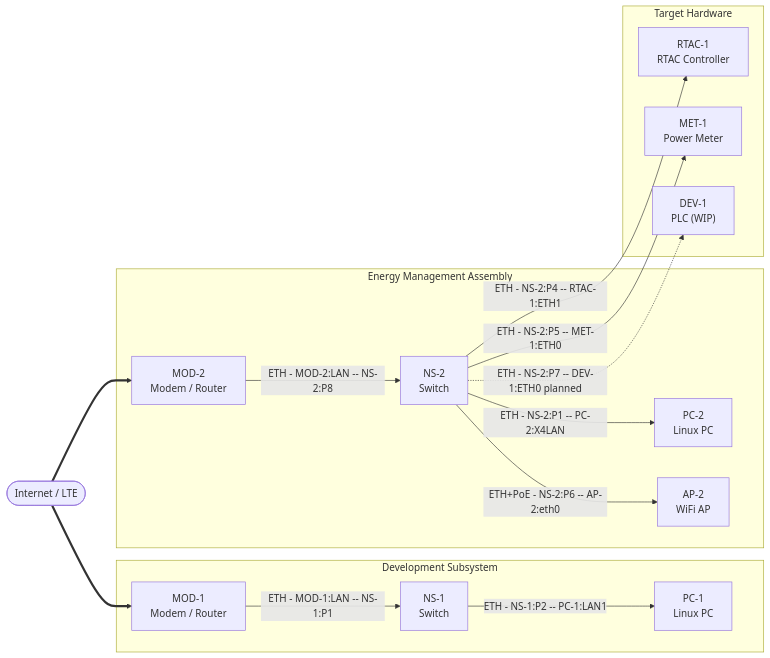
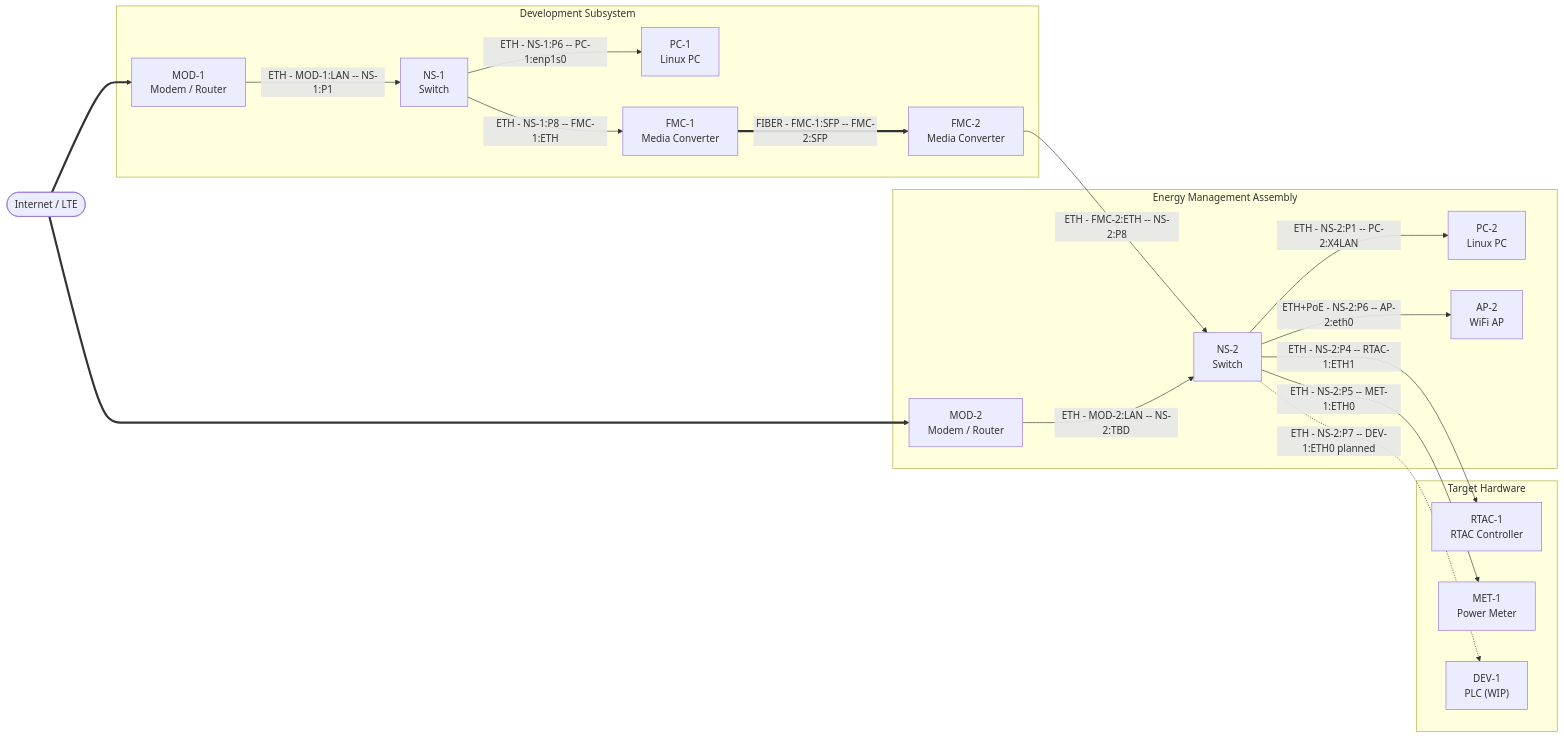
The diagram in README.md (chadmholcomb/homelab1913), drawn with Mermaid before and after one commit. The commit also changed other lines of this file and 9 other files, not shown here.

First line of the commit message:
Add fiber media converters (FMC-1, FMC-2) and update DEV topology

````diff
--- a/README.md
+++ b/README.md
@@ -9,36 +9,41 @@
 ```mermaid
 graph LR
     WAN(["Internet / LTE"])
 
     subgraph DEV["Development Subsystem"]
         MOD1["MOD-1\nModem / Router"]
         NS1["NS-1\nSwitch"]
         PC1["PC-1\nLinux PC"]
+        FMC1["FMC-1\nMedia Converter"]
+        FMC2["FMC-2\nMedia Converter"]
     end
 
     subgraph EMA["Energy Management Assembly"]
         MOD2["MOD-2\nModem / Router"]
         NS2["NS-2\nSwitch"]
         PC2["PC-2\nLinux PC"]
         AP2["AP-2\nWiFi AP"]
     end
 
     subgraph TGT["Target Hardware"]
         RTAC1["RTAC-1\nRTAC Controller"]
         MET1["MET-1\nPower Meter"]
         DEV1["DEV-1\nPLC (WIP)"]
     end
 
     WAN ==> MOD1
     WAN ==> MOD2
     MOD1 -->|"ETH - MOD-1:LAN -- NS-1:P1"| NS1
-    NS1 -->|"ETH - NS-1:P2 -- PC-1:LAN1"| PC1
-    MOD2 -->|"ETH - MOD-2:LAN -- NS-2:P8"| NS2
+    NS1 -->|"ETH - NS-1:P6 -- PC-1:enp1s0"| PC1
+    NS1 -->|"ETH - NS-1:P8 -- FMC-1:ETH"| FMC1
+    FMC1 ==>|"FIBER - FMC-1:SFP -- FMC-2:SFP"| FMC2
+    FMC2 -->|"ETH - FMC-2:ETH -- NS-2:P8"| NS2
+    MOD2 -->|"ETH - MOD-2:LAN -- NS-2:TBD"| NS2
     NS2 -->|"ETH - NS-2:P1 -- PC-2:X4LAN"| PC2
     NS2 -->|"ETH - NS-2:P4 -- RTAC-1:ETH1"| RTAC1
     NS2 -->|"ETH - NS-2:P5 -- MET-1:ETH0"| MET1
     NS2 -->|"ETH+PoE - NS-2:P6 -- AP-2:eth0"| AP2
     NS2 -.->|"ETH - NS-2:P7 -- DEV-1:ETH0 planned"| DEV1
 
 
 ```
````
